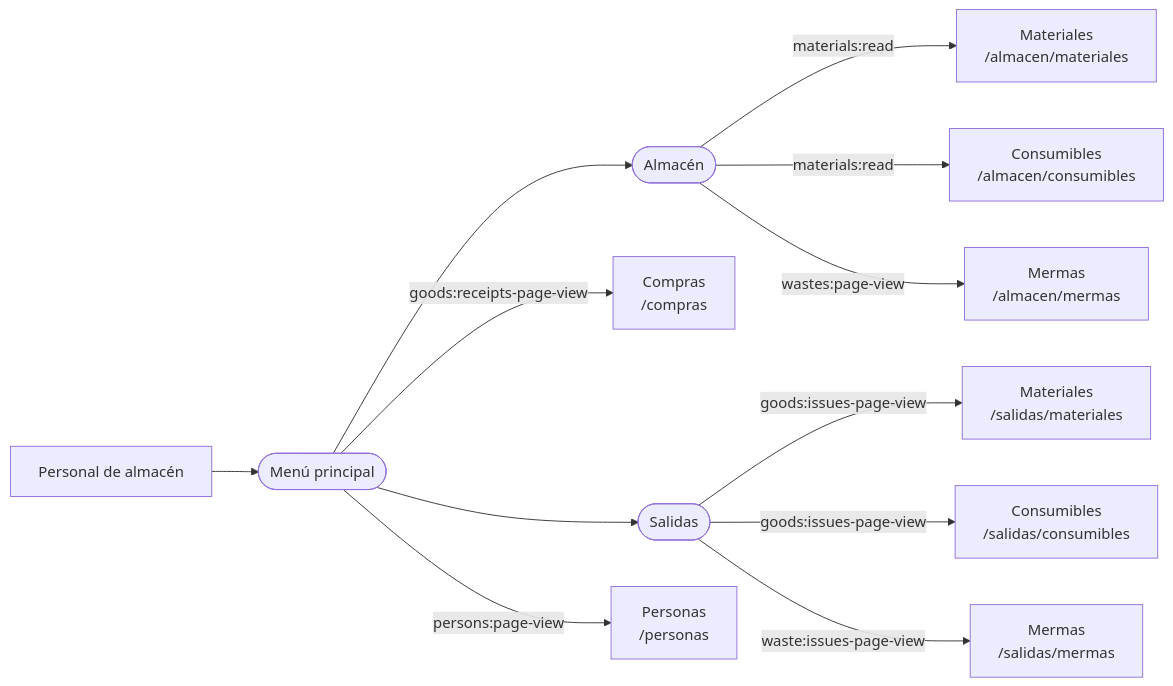
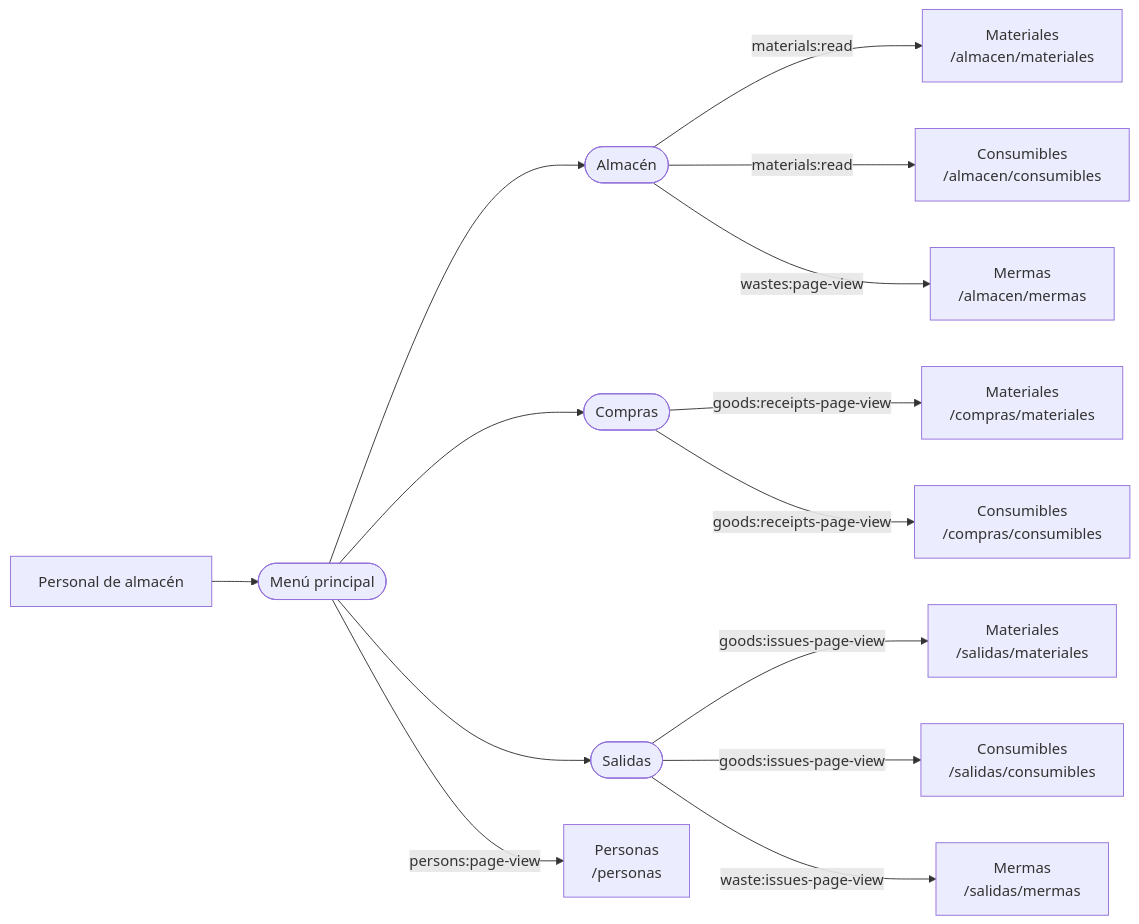
One commit to gpgsistemas01/nexus changed the second of 4 diagrams in docs/architecture/views/scenarios/web-navigation-and-screen-catalog/02-map-visual-of-navigation.md. Above: the diagram before and after it, drawn with Mermaid. The commit also changed other lines of this file and 5 other files, not shown here.

````diff
--- a/docs/architecture/views/scenarios/web-navigation-and-screen-catalog/02-map-visual-of-navigation.md
+++ b/docs/architecture/views/scenarios/web-navigation-and-screen-catalog/02-map-visual-of-navigation.md
@@ -53,14 +65,16 @@
 ```mermaid
 flowchart LR
     actor["Personal de almacén"] --> menu(["Menú principal"])
     menu --> warehouse(["Almacén"])
     warehouse -->|"materials:read"| materials["Materiales<br/>/almacen/materiales"]
     warehouse -->|"materials:read"| consumables["Consumibles<br/>/almacen/consumibles"]
     warehouse -->|"wastes:page-view"| wastes["Mermas<br/>/almacen/mermas"]
-    menu -->|"goods:receipts-page-view"| purchases["Compras<br/>/compras"]
+    menu --> purchases(["Compras"])
+    purchases -->|"goods:receipts-page-view"| materialPurchases["Materiales<br/>/compras/materiales"]
+    purchases -->|"goods:receipts-page-view"| consumablePurchases["Consumibles<br/>/compras/consumibles"]
     menu --> issues(["Salidas"])
     issues -->|"goods:issues-page-view"| goodsIssues["Materiales<br/>/salidas/materiales"]
     issues -->|"goods:issues-page-view"| consumableIssues["Consumibles<br/>/salidas/consumibles"]
     issues -->|"waste:issues-page-view"| wasteIssues["Mermas<br/>/salidas/mermas"]
     menu -->|"persons:page-view"| persons["Personas<br/>/personas"]
 ```
````
